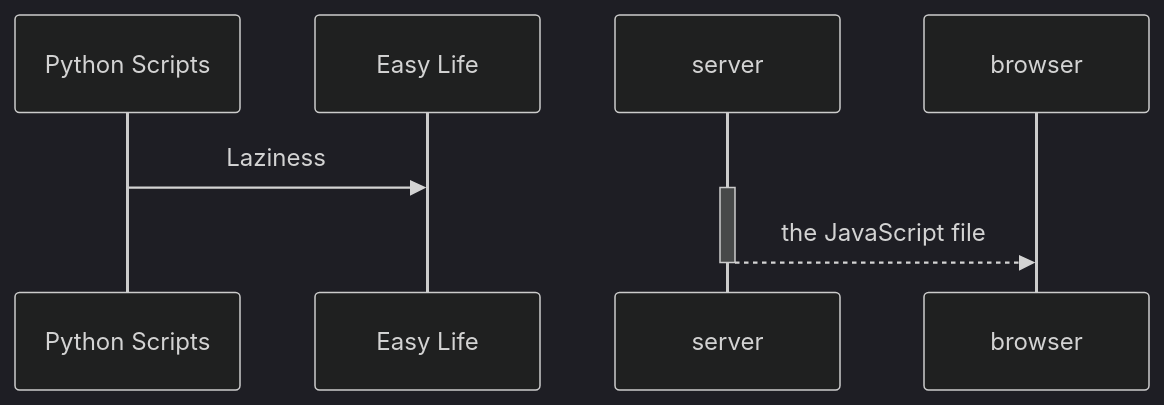
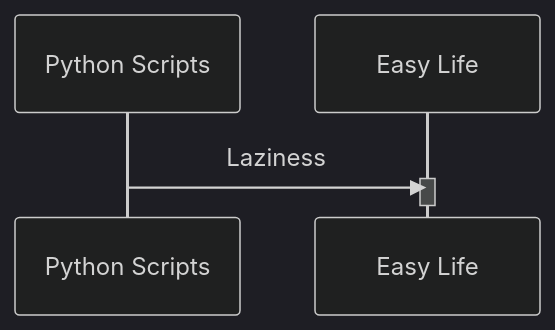
One commit to gaurav8969/python-scripts changed the diagram in README.md. Above: the diagram before and after it, drawn with Mermaid (dark theme).

````diff
--- a/README.md
+++ b/README.md
@@ -3,10 +3,9 @@
 ```mermaid
 sequenceDiagram
     participant Python Scripts
     participant Easy Life
 
     Python Scripts->>Easy Life: Laziness
-    activate server
-    server-->>browser: the JavaScript file
-    deactivate server
+    activate Easy Life
+    deactivate Easy Life
 ```
````
